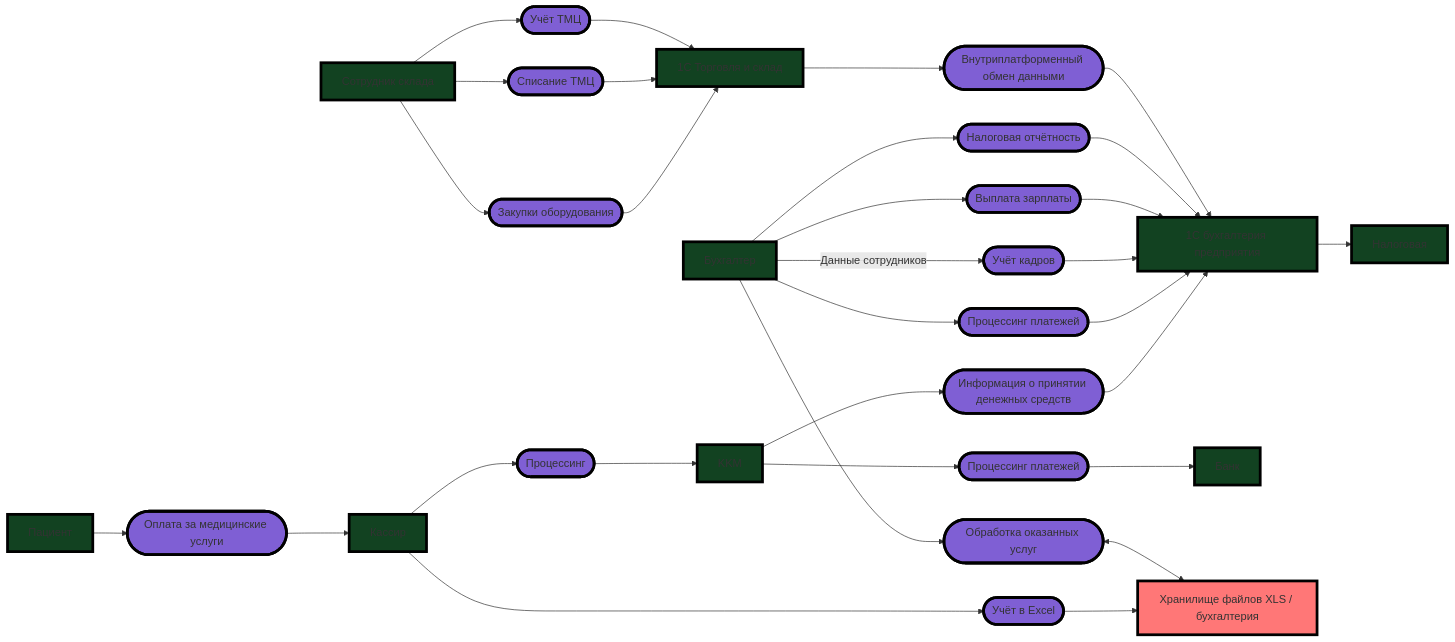
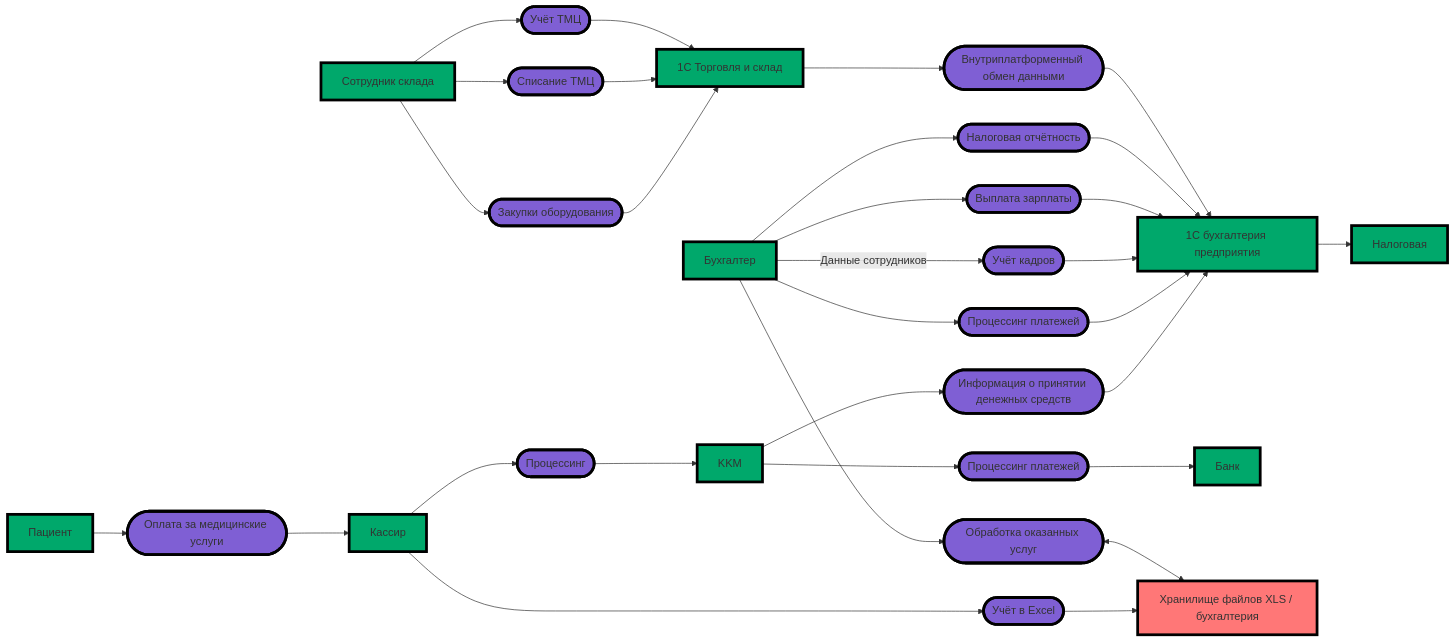
One commit to belyaev-a-g/architecture-medikamente changed the ninth of 9 diagrams in Task_1/Readme.md. Above: the diagram before and after it, drawn with Mermaid. The commit also changed other lines of this file, not shown here.

````diff
--- a/Task_1/Readme.md
+++ b/Task_1/Readme.md
@@ -142,45 +142,45 @@
 ```mermaid
 flowchart LR
     classDef action fill:#7F5FD4, stroke:#000, stroke-width:4px
-    classDef entity fill:#124221, stroke:#000, stroke-width:4px
+    classDef entity fill:#00A86B, stroke:#000, stroke-width:4px
     classDef share fill:#FF7777 , stroke:#000, stroke-width:4px
 
     pacient[Пациент]:::entity
     1c_ent[1C бухгалтерия предприятия]:::entity
     1c_wh[1C Торговля и склад]:::entity
     edit([Учёт в Excel]):::action
     pay([Оплата за медицинские услуги]):::action
     info([Информация о принятии денежных средств]):::action
     processing([Процессинг]):::action
     processing_acc([Процессинг платежей]):::action
     processing_bank([Процессинг платежей]):::action
     hr_acc([Учёт кадров]):::action
     salary_acc([Выплата зарплаты]):::action
     acc_tax([Налоговая отчётность]):::action
     acc_handy([Обработка оказанных услуг]):::action
     1c_exchange([Внутриплатформенный обмен данными]):::action
     wh_in([Закупки оборудования]):::action
     wh_out([Списание ТМЦ]):::action
     wh_control([Учёт ТМЦ]):::action
     cashier[Кассир]:::entity
     bank[Банк]:::entity
     kkm[KKM]:::entity
     tax_services[Налоговая]:::entity
     xls_share[Хранилище файлов XLS / бухгалтерия]:::share
     accountant[Бухгалтер]:::entity
     wh_worker[Сотрудник склада]:::entity
     pacient-->pay-->cashier--> edit-->xls_share
     cashier-->processing-->kkm-->info-->1c_ent
     accountant-->processing_acc-->1c_ent
     accountant--"Данные сотрудников"-->hr_acc-->1c_ent
     accountant-->salary_acc-->1c_ent
     accountant-->acc_tax-->1c_ent
     accountant-->acc_handy<-->xls_share
     wh_worker-->wh_in-->1c_wh
     wh_worker-->wh_out-->1c_wh
     wh_worker-->wh_control-->1c_wh
     1c_wh-->1c_exchange-->1c_ent
     kkm-->processing_bank-->bank
     1c_ent-->tax_services
     
 ```
````
